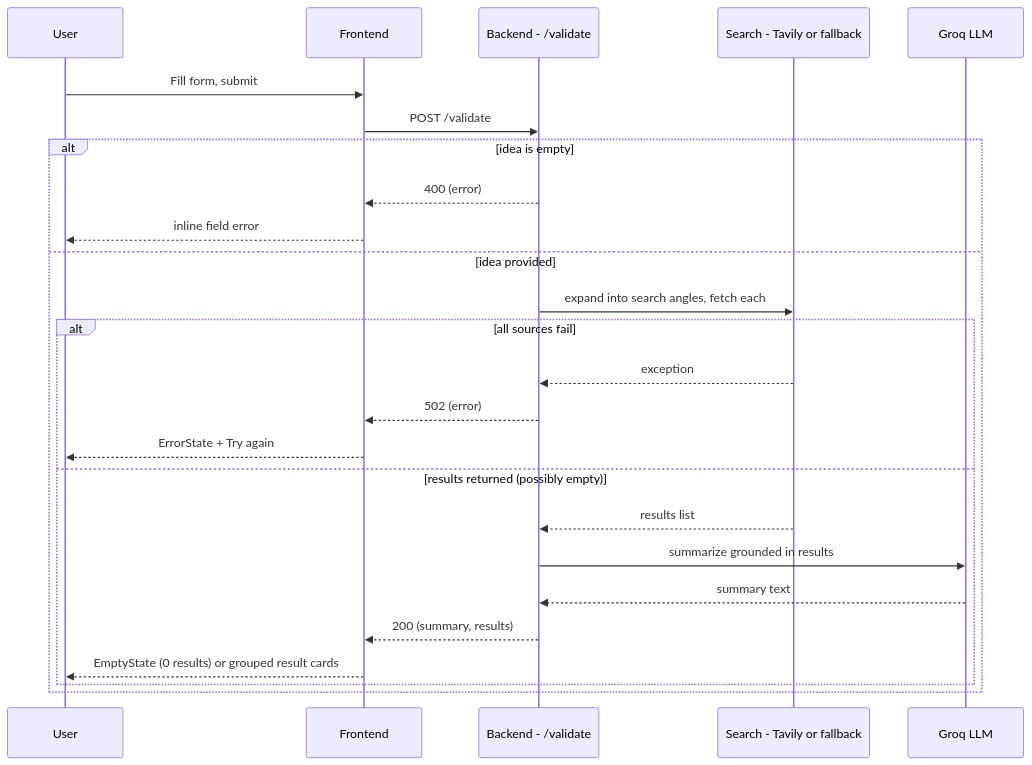
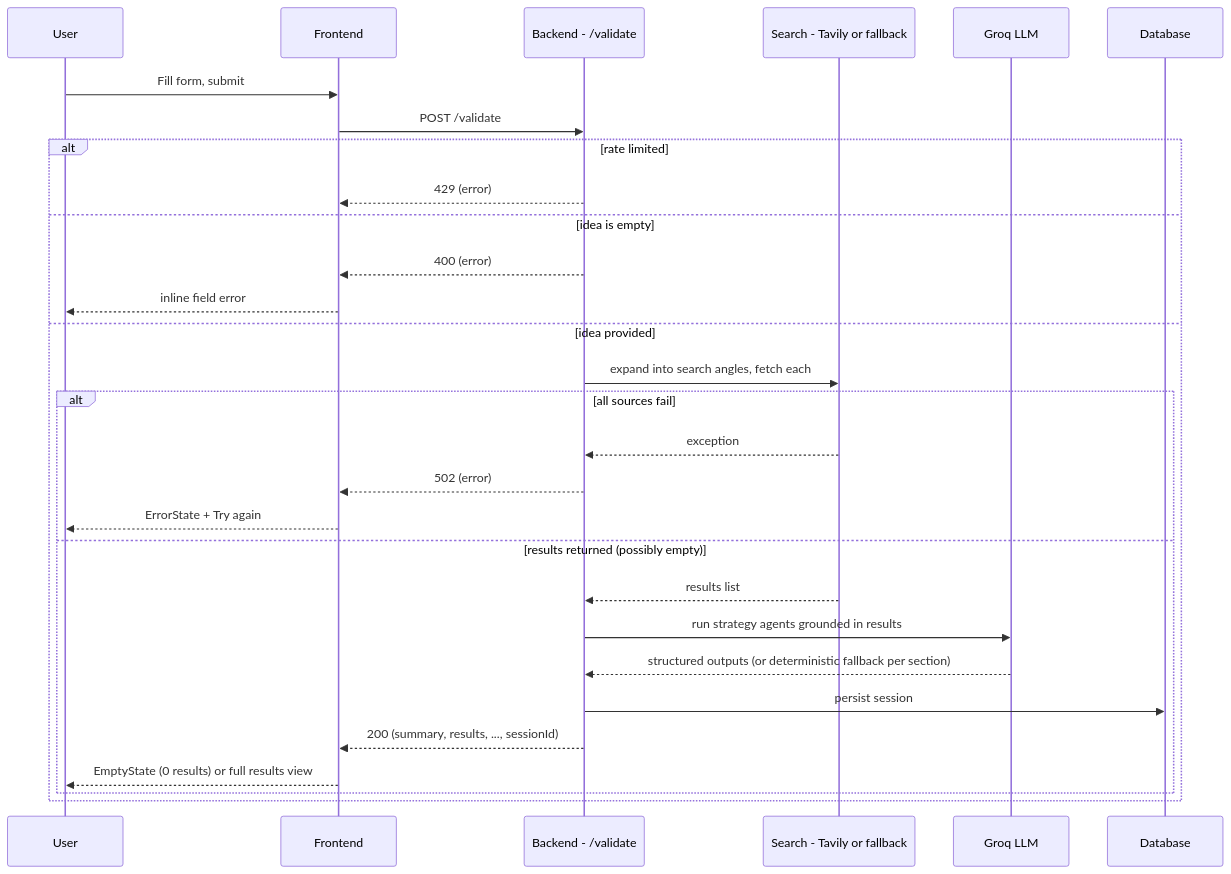
The second of 2 diagrams in docs/architecture.md (Yasaswini-ch/Development-of-AI-Based-Startup-Idea-Validator-with-Market-Analysis-Assistance), drawn with Mermaid before and after one commit. The commit also changed other lines of this file and 5 other files, not shown here.

First line of the commit message:
docs: sync architecture/pipeline docs with the current codebase

````diff
--- a/docs/architecture.md
+++ b/docs/architecture.md
@@ -235,28 +268,32 @@
 ```mermaid
 sequenceDiagram
     participant U as User
     participant F as Frontend
     participant B as Backend - /validate
     participant S as Search - Tavily or fallback
     participant L as Groq LLM
+    participant D as Database
 
     U->>F: Fill form, submit
     F->>B: POST /validate
-    alt idea is empty
+    alt rate limited
+        B-->>F: 429 (error)
+    else idea is empty
         B-->>F: 400 (error)
         F-->>U: inline field error
     else idea provided
         B->>S: expand into search angles, fetch each
         alt all sources fail
             S-->>B: exception
             B-->>F: 502 (error)
             F-->>U: ErrorState + Try again
         else results returned (possibly empty)
             S-->>B: results list
-            B->>L: summarize grounded in results
-            L-->>B: summary text
-            B-->>F: 200 (summary, results)
-            F-->>U: EmptyState (0 results) or grouped result cards
+            B->>L: run strategy agents grounded in results
+            L-->>B: structured outputs (or deterministic fallback per section)
+            B->>D: persist session
+            B-->>F: 200 (summary, results, ..., sessionId)
+            F-->>U: EmptyState (0 results) or full results view
         end
     end
 ```
````
